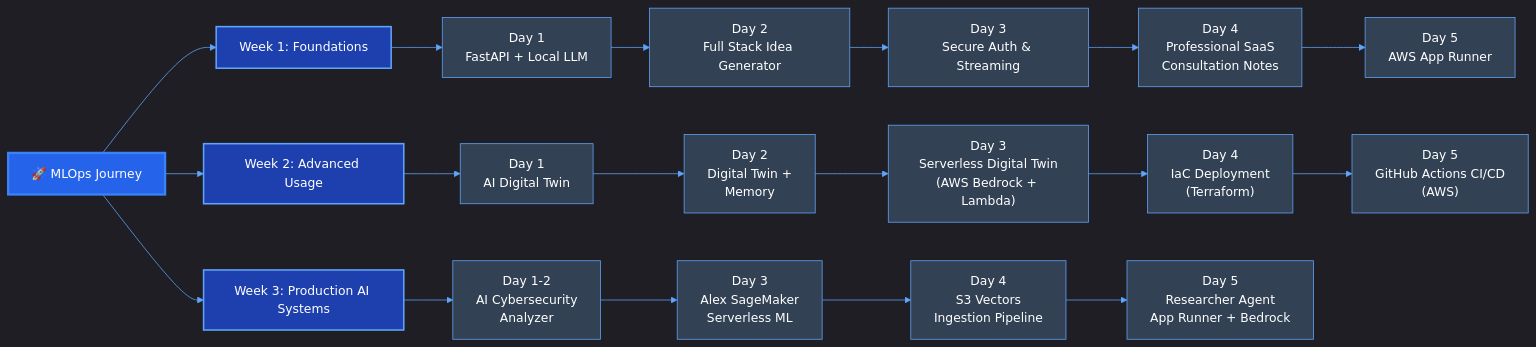
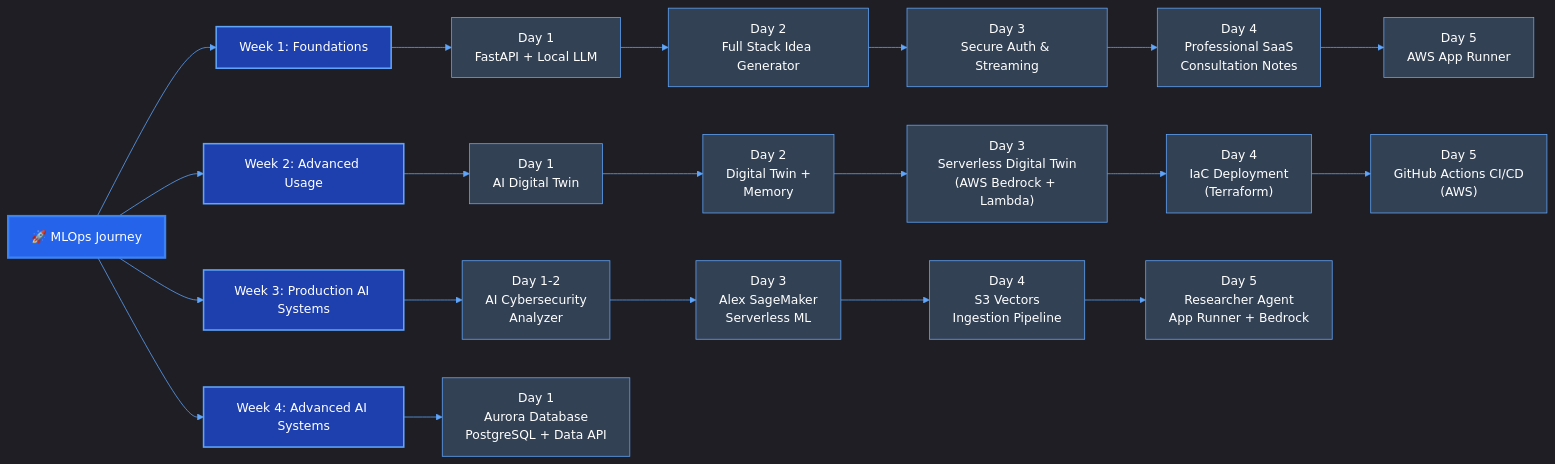
Before and after one commit to baloglu321/mlops-journey: the first of 7 diagrams in README.md, drawn with Mermaid. The commit also changed other lines of this file and 2 other files, not shown here.

Commit message:
week-4 day-1 commit-1

````diff
--- a/README.md
+++ b/README.md
@@ -23,40 +23,44 @@
 ```mermaid
 %%{init: {'theme': 'dark', 'themeVariables': { 'primaryColor': '#2563eb', 'primaryTextColor': '#fff', 'primaryBorderColor': '#3b82f6', 'lineColor': '#60a5fa', 'secondaryColor': '#1e40af', 'tertiaryColor': '#1e3a8a'}}}%%
 graph LR
     A[🚀 MLOps Journey] --> B[Week 1: Foundations]
     B --> C[Day 1<br/>FastAPI + Local LLM]
     C --> D[Day 2<br/>Full Stack Idea Generator]
     D --> E[Day 3<br/>Secure Auth & Streaming]
     E --> F[Day 4<br/>Professional SaaS<br/>Consultation Notes]
     F --> G[Day 5<br/>AWS App Runner]
     A --> H[Week 2: Advanced Usage]
     H --> I[Day 1<br/>AI Digital Twin]
     I --> J[Day 2<br/>Digital Twin +<br/>Memory]
     J --> K["Day 3<br/>Serverless Digital Twin<br/>(AWS Bedrock + Lambda)"]
     K --> L["Day 4<br/>IaC Deployment<br/>(Terraform)"]
     L --> M["Day 5<br/>GitHub Actions CI/CD<br/>(AWS)"]
     A --> N[Week 3: Production AI Systems]
     N --> O["Day 1-2<br/>AI Cybersecurity<br/>Analyzer"]
     O --> P["Day 3<br/>Alex SageMaker<br/>Serverless ML"]
     P --> Q["Day 4<br/>S3 Vectors<br/>Ingestion Pipeline"]
     Q --> R["Day 5<br/>Researcher Agent<br/>App Runner + Bedrock"]
+    A --> S[Week 4: Advanced AI Systems]
+    S --> T["Day 1<br/>Aurora Database<br/>PostgreSQL + Data API"]
     
     style A fill:#2563eb,stroke:#3b82f6,stroke-width:3px,color:#fff
     style B fill:#1e40af,stroke:#60a5fa,stroke-width:2px,color:#fff
     style C fill:#334155,stroke:#60a5fa,color:#fff
     style D fill:#334155,stroke:#60a5fa,color:#fff
     style E fill:#334155,stroke:#60a5fa,color:#fff
     style F fill:#334155,stroke:#60a5fa,color:#fff
     style G fill:#334155,stroke:#60a5fa,color:#fff
     style H fill:#1e40af,stroke:#60a5fa,stroke-width:2px,color:#fff
     style I fill:#334155,stroke:#60a5fa,color:#fff
     style J fill:#334155,stroke:#60a5fa,color:#fff
     style K fill:#334155,stroke:#60a5fa,color:#fff
     style L fill:#334155,stroke:#60a5fa,color:#fff
     style M fill:#334155,stroke:#60a5fa,color:#fff
     style N fill:#1e40af,stroke:#60a5fa,stroke-width:2px,color:#fff
     style O fill:#334155,stroke:#60a5fa,color:#fff
     style P fill:#334155,stroke:#60a5fa,color:#fff
     style Q fill:#334155,stroke:#60a5fa,color:#fff
     style R fill:#334155,stroke:#60a5fa,color:#fff
+    style S fill:#1e40af,stroke:#60a5fa,stroke-width:2px,color:#fff
+    style T fill:#334155,stroke:#60a5fa,color:#fff
 ```
````
